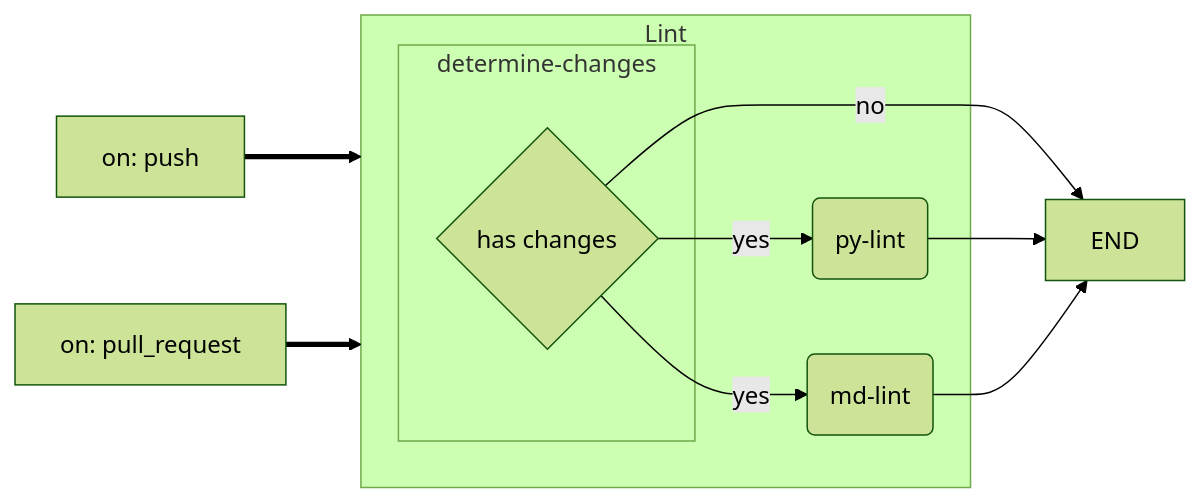
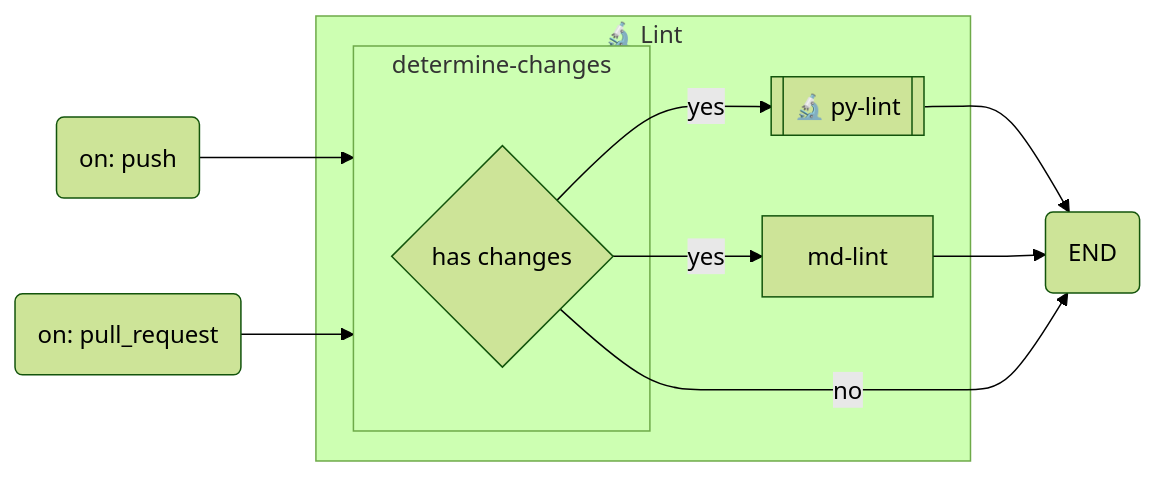
One commit to Hasenpfote/github-actions-testing changed the first of 3 diagrams in .github/workflows.md. Above: the diagram before and after it, drawn with Mermaid (forest theme). The commit also changed other lines of this file, not shown here.

````diff
--- a/.github/workflows.md
+++ b/.github/workflows.md
@@ -5,26 +5,23 @@
 ```mermaid
 flowchart LR
-  push[on: push]
-  pr[on: pull_request]
+  push(on: push)
+  pr(on: pull_request)
 
-  subgraph Lint
+  subgraph "🔬 Lint"
     subgraph determine-changes
       cond1{has changes}
     end
 
-    py-lint(py-lint)
-    md-lint(md-lint)
+    py-lint[["🔬 py-lint"]]
+    md-lint[md-lint]
 
-    cond1 --> |yes| py-lint
-    cond1 --> |yes| md-lint
+    cond1 --> |yes| py-lint & md-lint
   end
 
-  End[END]
+  End(END)
 
-  push ==> Lint
-  pr ==> Lint
+  push & pr --> determine-changes
 
+  py-lint & md-lint --> End
   cond1 --> |no| End
-  py-lint --> End
-  md-lint --> End
 ```
````
